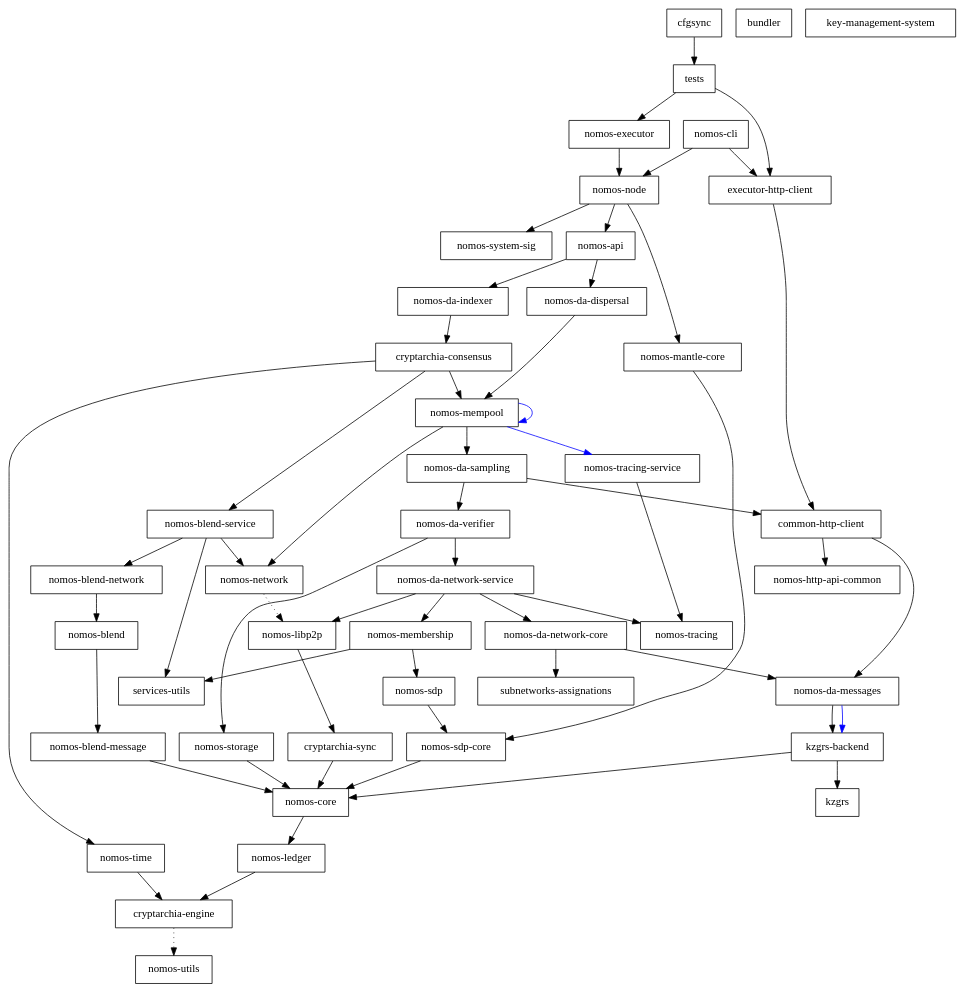
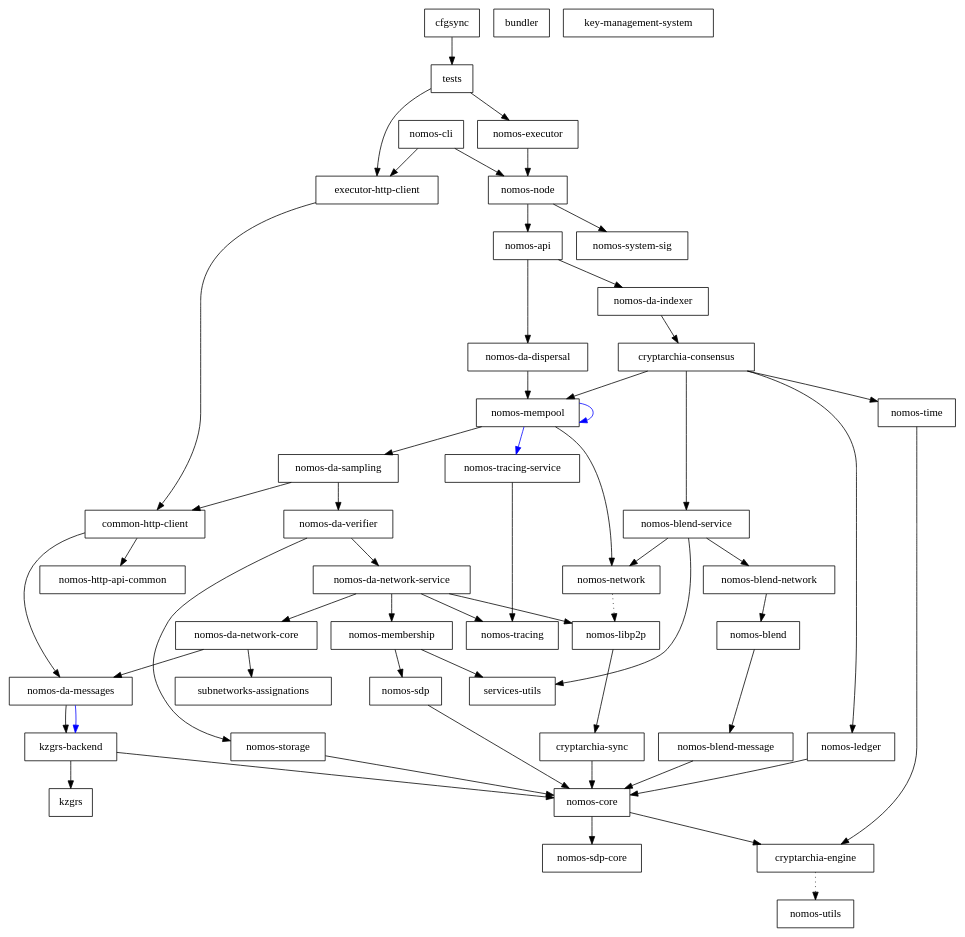
The diagram in dependencies_graph.dot (Astro521/logos-blockchain), drawn with Graphviz before and after one commit. The commit also changed 94 other files, not shown here.

Commit message:
feat(mantle): Mantle Update/1: LedgerTx (#1392)

```diff
--- a/dependencies_graph.dot
+++ b/dependencies_graph.dot
@@ -1,103 +1,101 @@
 digraph {
     0 [ label = "cryptarchia-engine" shape = box]
     1 [ label = "nomos-utils" shape = box]
     2 [ label = "cryptarchia-sync" shape = box]
     3 [ label = "nomos-core" shape = box]
-    4 [ label = "nomos-ledger" shape = box]
-    5 [ label = "nomos-http-api-common" shape = box]
-    6 [ label = "nomos-executor" shape = box]
-    7 [ label = "kzgrs-backend" shape = box]
-    8 [ label = "kzgrs" shape = box]
-    9 [ label = "nomos-api" shape = box]
-    10 [ label = "cryptarchia-consensus" shape = box]
-    11 [ label = "nomos-blend-service" shape = box]
-    12 [ label = "nomos-blend" shape = box]
-    13 [ label = "nomos-blend-message" shape = box]
-    14 [ label = "nomos-blend-network" shape = box]
-    15 [ label = "nomos-libp2p" shape = box]
-    16 [ label = "nomos-network" shape = box]
-    17 [ label = "services-utils" shape = box]
-    18 [ label = "nomos-da-sampling" shape = box]
-    19 [ label = "common-http-client" shape = box]
-    20 [ label = "nomos-da-messages" shape = box]
-    21 [ label = "nomos-da-network-core" shape = box]
-    22 [ label = "subnetworks-assignations" shape = box]
-    23 [ label = "nomos-da-network-service" shape = box]
-    24 [ label = "nomos-membership" shape = box]
-    25 [ label = "nomos-sdp" shape = box]
-    26 [ label = "nomos-sdp-core" shape = box]
+    4 [ label = "nomos-sdp-core" shape = box]
+    5 [ label = "nomos-ledger" shape = box]
+    6 [ label = "nomos-http-api-common" shape = box]
+    7 [ label = "nomos-executor" shape = box]
+    8 [ label = "kzgrs-backend" shape = box]
+    9 [ label = "kzgrs" shape = box]
+    10 [ label = "nomos-api" shape = box]
+    11 [ label = "cryptarchia-consensus" shape = box]
+    12 [ label = "nomos-blend-service" shape = box]
+    13 [ label = "nomos-blend" shape = box]
+    14 [ label = "nomos-blend-message" shape = box]
+    15 [ label = "nomos-blend-network" shape = box]
+    16 [ label = "nomos-libp2p" shape = box]
+    17 [ label = "nomos-network" shape = box]
+    18 [ label = "services-utils" shape = box]
+    19 [ label = "nomos-da-sampling" shape = box]
+    20 [ label = "common-http-client" shape = box]
+    21 [ label = "nomos-da-messages" shape = box]
+    22 [ label = "nomos-da-network-core" shape = box]
+    23 [ label = "subnetworks-assignations" shape = box]
+    24 [ label = "nomos-da-network-service" shape = box]
+    25 [ label = "nomos-membership" shape = box]
+    26 [ label = "nomos-sdp" shape = box]
     27 [ label = "nomos-tracing" shape = box]
     28 [ label = "nomos-da-verifier" shape = box]
     29 [ label = "nomos-storage" shape = box]
     30 [ label = "nomos-mempool" shape = box]
     31 [ label = "nomos-tracing-service" shape = box]
     32 [ label = "nomos-time" shape = box]
     33 [ label = "nomos-da-dispersal" shape = box]
     34 [ label = "nomos-da-indexer" shape = box]
-    35 [ label = "nomos-mantle-core" shape = box]
-    36 [ label = "nomos-node" shape = box]
-    37 [ label = "nomos-system-sig" shape = box]
-    38 [ label = "executor-http-client" shape = box]
-    39 [ label = "bundler" shape = box]
-    40 [ label = "nomos-cli" shape = box]
-    41 [ label = "key-management-system" shape = box]
-    42 [ label = "cfgsync" shape = box]
-    43 [ label = "tests" shape = box]
+    35 [ label = "nomos-node" shape = box]
+    36 [ label = "nomos-system-sig" shape = box]
+    37 [ label = "executor-http-client" shape = box]
+    38 [ label = "bundler" shape = box]
+    39 [ label = "nomos-cli" shape = box]
+    40 [ label = "key-management-system" shape = box]
+    41 [ label = "cfgsync" shape = box]
+    42 [ label = "tests" shape = box]
     0 -> 1 [ style = dotted]
     2 -> 3 [ ]
+    3 -> 0 [ ]
     3 -> 4 [ ]
-    4 -> 0 [ ]
-    6 -> 36 [ ]
-    7 -> 8 [ ]
-    7 -> 3 [ ]
-    9 -> 33 [ ]
-    9 -> 34 [ ]
-    10 -> 11 [ ]
-    10 -> 30 [ ]
-    10 -> 32 [ ]
-    11 -> 14 [ ]
-    11 -> 16 [ ]
-    11 -> 17 [ ]
-    12 -> 13 [ ]
-    13 -> 3 [ ]
-    14 -> 12 [ ]
-    15 -> 2 [ ]
-    16 -> 15 [ style = dotted]
-    18 -> 19 [ ]
-    18 -> 28 [ ]
+    5 -> 3 [ ]
+    7 -> 35 [ ]
+    8 -> 9 [ ]
+    8 -> 3 [ ]
+    10 -> 33 [ ]
+    10 -> 34 [ ]
+    11 -> 12 [ ]
+    11 -> 5 [ ]
+    11 -> 30 [ ]
+    11 -> 32 [ ]
+    12 -> 15 [ ]
+    12 -> 17 [ ]
+    12 -> 18 [ ]
+    13 -> 14 [ ]
+    14 -> 3 [ ]
+    15 -> 13 [ ]
+    16 -> 2 [ ]
+    17 -> 16 [ style = dotted]
     19 -> 20 [ ]
-    19 -> 5 [ ]
-    20 -> 7 [ ]
-    20 -> 7 [ color = blue]
-    21 -> 20 [ ]
-    21 -> 22 [ ]
-    23 -> 21 [ ]
-    23 -> 15 [ ]
-    23 -> 24 [ ]
-    23 -> 27 [ ]
+    19 -> 28 [ ]
+    20 -> 21 [ ]
+    20 -> 6 [ ]
+    21 -> 8 [ ]
+    21 -> 8 [ color = blue]
+    22 -> 21 [ ]
+    22 -> 23 [ ]
+    24 -> 22 [ ]
+    24 -> 16 [ ]
     24 -> 25 [ ]
-    24 -> 17 [ ]
+    24 -> 27 [ ]
     25 -> 26 [ ]
+    25 -> 18 [ ]
     26 -> 3 [ ]
-    28 -> 23 [ ]
+    28 -> 24 [ ]
     28 -> 29 [ ]
     29 -> 3 [ ]
-    30 -> 18 [ ]
+    30 -> 19 [ ]
     30 -> 30 [ color = blue]
-    30 -> 16 [ ]
+    30 -> 17 [ ]
     30 -> 31 [ color = blue]
     31 -> 27 [ ]
     32 -> 0 [ ]
     33 -> 30 [ ]
-    34 -> 10 [ ]
-    35 -> 26 [ ]
-    36 -> 9 [ ]
-    36 -> 35 [ ]
-    36 -> 37 [ ]
-    38 -> 19 [ ]
-    40 -> 38 [ ]
-    40 -> 36 [ ]
-    42 -> 43 [ ]
-    43 -> 38 [ ]
-    43 -> 6 [ ]
+    34 -> 11 [ ]
+    35 -> 10 [ ]
+    35 -> 36 [ ]
+    37 -> 20 [ ]
+    39 -> 37 [ ]
+    39 -> 35 [ ]
+    41 -> 42 [ ]
+    42 -> 37 [ ]
+    42 -> 7 [ ]
 }
```
